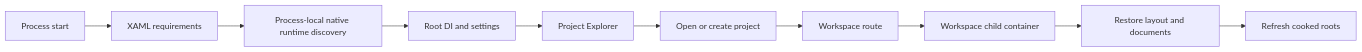
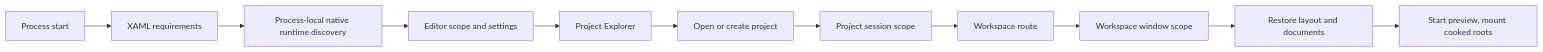
Before and after one commit to abdes/DroidNet: the third of 10 diagrams in design/editor/ARCHITECTURE.md, drawn with Mermaid. The commit also changed other lines of this file and 39 other files, not shown here.

First line of the commit message:
docs(editor): state the scope topology and the Shell as designs of their own

````diff
--- a/design/editor/ARCHITECTURE.md
+++ b/design/editor/ARCHITECTURE.md
@@ -442,15 +442,16 @@
 ```mermaid
 flowchart LR
     Start[Process start]
     Xaml[XAML requirements]
     Native[Process-local native runtime discovery]
-    Root[Root DI and settings]
+    Root[Editor scope and settings]
     Browser[Project Explorer]
     Open[Open or create project]
+    Session[Project session scope]
     Workspace[Workspace route]
-    Child[Workspace child container]
+    Window[Workspace window scope]
     Restore[Restore layout and documents]
-    Mount[Refresh cooked roots]
+    Mount[Start preview, mount cooked roots]
 
-    Start --> Xaml --> Native --> Root --> Browser --> Open --> Workspace --> Child --> Restore --> Mount
+    Start --> Xaml --> Native --> Root --> Browser --> Open --> Session --> Workspace --> Window --> Restore --> Mount
 ```
````
